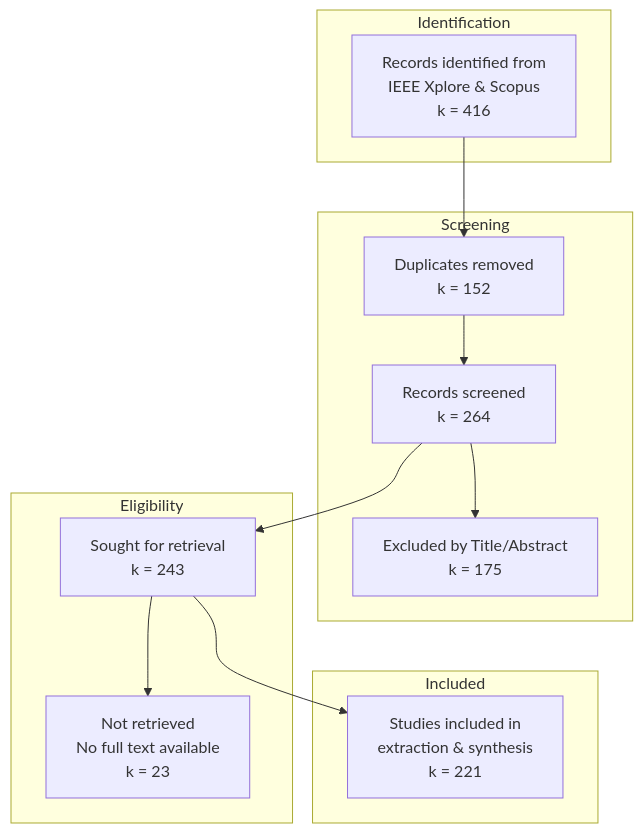
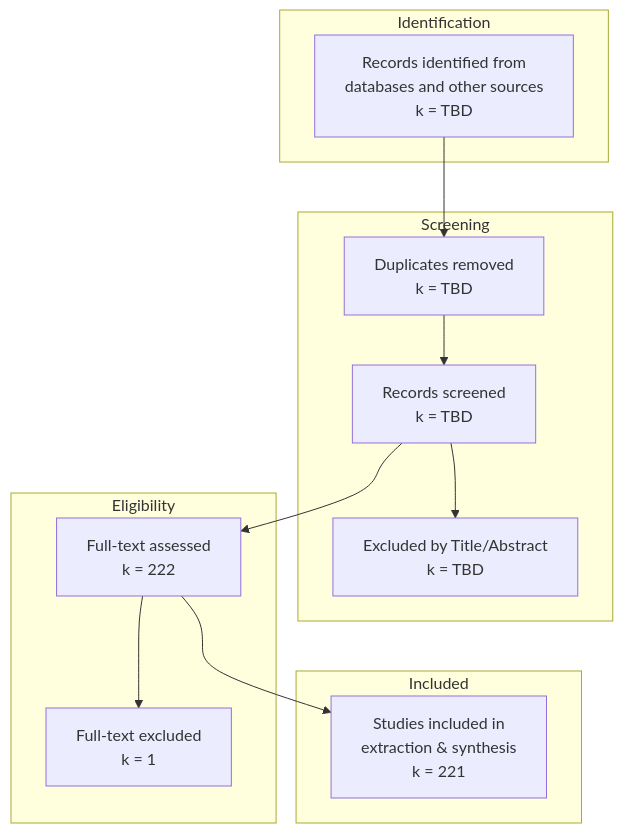
Before and after one commit to cfdonmez/OISAC_PRISMA_COMST: the diagram in review_package/section_02_methodology.md, drawn with Mermaid. The commit also changed 9904 other files, not shown here.

````diff
--- a/review_package/section_02_methodology.md
+++ b/review_package/section_02_methodology.md
@@ -34,21 +34,21 @@
 ```mermaid
 graph TD
     subgraph Identification
-        A1[Records identified from<br/>IEEE Xplore & Scopus<br/>k = 416]
+        A1[Records identified from<br/>databases and other sources<br/>k = TBD]
     end
     
     subgraph Screening
-        A1 --> B1[Duplicates removed<br/>k = 152]
-        B1 --> B2[Records screened<br/>k = 264]
-        B2 --> B3[Excluded by Title/Abstract<br/>k = 175]
+        A1 --> B1[Duplicates removed<br/>k = TBD]
+        B1 --> B2[Records screened<br/>k = TBD]
+        B2 --> B3[Excluded by Title/Abstract<br/>k = TBD]
     end
     
     subgraph Eligibility
-        B2 --> C1[Sought for retrieval<br/>k = 243]
-        C1 --> C2[Not retrieved<br/>No full text available<br/>k = 23]
+        B2 --> C1[Full-text assessed<br/>k = 222]
+        C1 --> C2[Full-text excluded<br/>k = 1]
     end
     
     subgraph Included
         C1 --> D1[Studies included in<br/>extraction & synthesis<br/>k = 221]
     end
 ```
````
